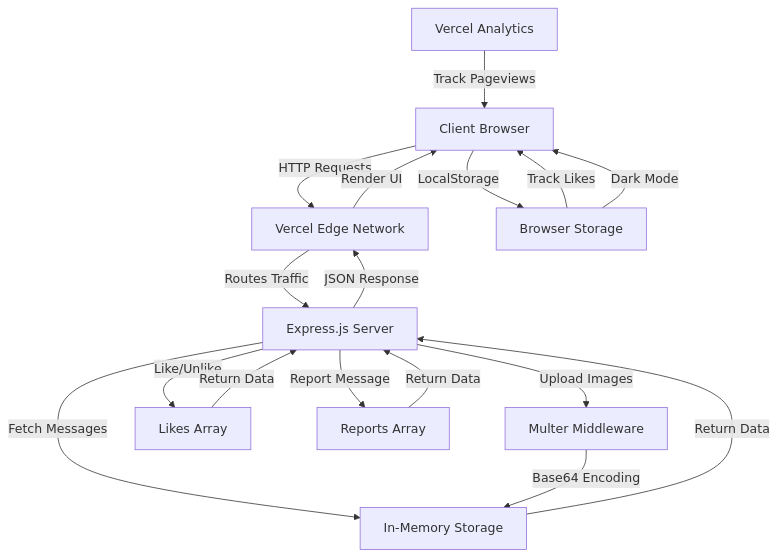
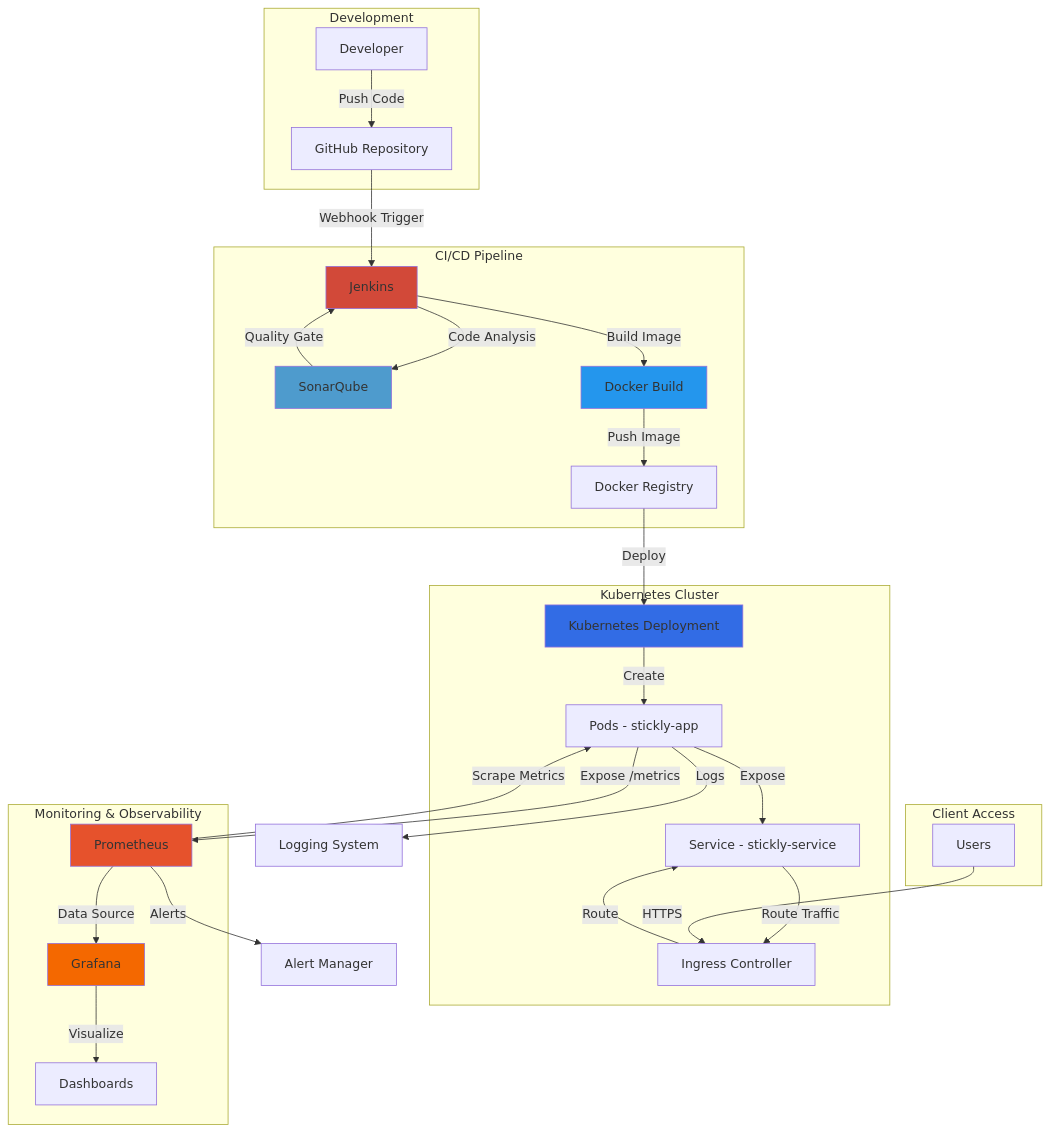
The diagram in README.md (snowjug/stickly), drawn with Mermaid before and after one commit. The commit also changed other lines of this file and 1 other file, not shown here.

````diff
--- a/README.md
+++ b/README.md
@@ -232,19 +293,43 @@
 ```mermaid
-graph TD
-    A[Client Browser] -->|HTTP Requests| B[Vercel Edge Network]
-    B -->|Routes Traffic| C[Express.js Server]
-    C -->|Fetch Messages| D[In-Memory Storage]
-    C -->|Upload Images| E[Multer Middleware]
-    E -->|Base64 Encoding| D
-    C -->|Like/Unlike| F[Likes Array]
-    C -->|Report Message| G[Reports Array]
-    D -->|Return Data| C
-    F -->|Return Data| C
-    G -->|Return Data| C
-    C -->|JSON Response| B
-    B -->|Render UI| A
-    A -->|LocalStorage| H[Browser Storage]
-    H -->|Track Likes| A
-    H -->|Dark Mode| A
-    I[Vercel Analytics] -->|Track Pageviews| A
+graph TB
+    subgraph "Development"
+        A[Developer] -->|Push Code| B[GitHub Repository]
+    end
+    
+    subgraph "CI/CD Pipeline"
+        B -->|Webhook Trigger| C[Jenkins]
+        C -->|Code Analysis| D[SonarQube]
+        D -->|Quality Gate| C
+        C -->|Build Image| E[Docker Build]
+        E -->|Push Image| F[Docker Registry]
+    end
+    
+    subgraph "Kubernetes Cluster"
+        F -->|Deploy| G[Kubernetes Deployment]
+        G -->|Create| H[Pods - stickly-app]
+        H -->|Expose| I[Service - stickly-service]
+        I -->|Route Traffic| J[Ingress Controller]
+    end
+    
+    subgraph "Monitoring & Observability"
+        H -->|Expose /metrics| K[Prometheus]
+        K -->|Scrape Metrics| H
+        K -->|Data Source| L[Grafana]
+        L -->|Visualize| M[Dashboards]
+    end
+    
+    subgraph "Client Access"
+        N[Users] -->|HTTPS| J
+        J -->|Route| I
+    end
+    
+    H -->|Logs| O[Logging System]
+    K -->|Alerts| P[Alert Manager]
+
+    style C fill:#D24939
+    style D fill:#4E9BCD
+    style E fill:#2496ED
+    style G fill:#326CE5
+    style K fill:#E6522C
+    style L fill:#F46800
 ```
````
